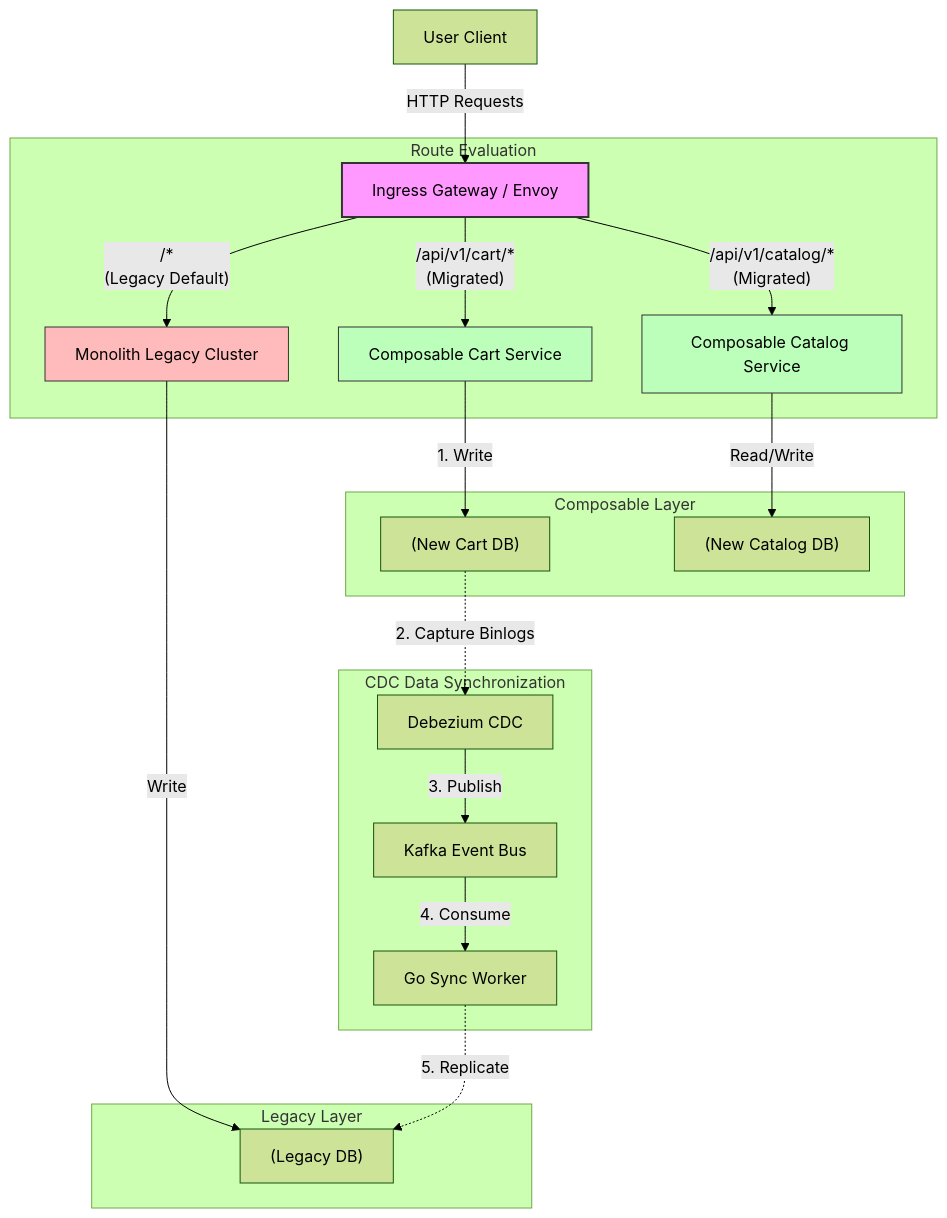
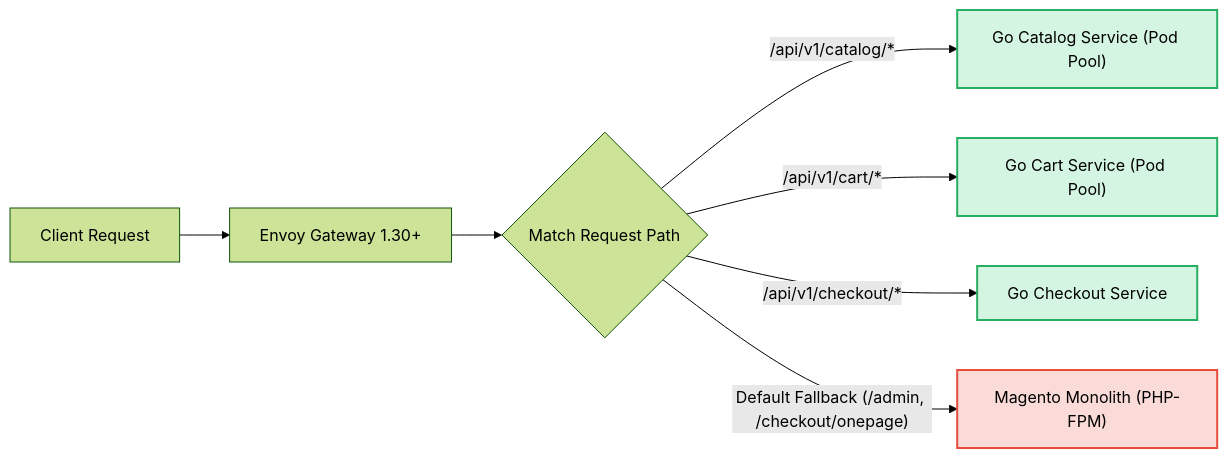
One commit to vesviet/vesviet changed the second of 2 diagrams in content/series/magento-migration-vietnam/ecommerce-architecture-composable-migration.md. Above: the diagram before and after it, drawn with Mermaid (forest theme). The commit also changed other lines of this file and 31 other files, not shown here.

````diff
--- a/content/series/magento-migration-vietnam/ecommerce-architecture-composable-migration.md
+++ b/content/series/magento-migration-vietnam/ecommerce-architecture-composable-migration.md
@@ -190,31 +147,15 @@
 ```mermaid
-graph TD
-    Client["User Client"] -->|"HTTP Requests"| Gateway["Ingress Gateway / Envoy"]
+flowchart LR
+    Client["Client Request"] --> Envoy["Envoy Gateway 1.30+"]
     
-    subgraph Route_Evaluation ["Route Evaluation"]
-        Gateway -->|"/api/v1/cart/*<br/>(Migrated)"| CartCluster["Composable Cart Service"]
-        Gateway -->|"/api/v1/catalog/*<br/>(Migrated)"| CatalogCluster["Composable Catalog Service"]
-        Gateway -->|"/*<br/>(Legacy Default)"| MonoCluster["Monolith Legacy Cluster"]
-    end
+    Envoy --> RoutePath{"Match Request Path"}
+    RoutePath -->|"/api/v1/catalog/*"| GoCatalog["Go Catalog Service (Pod Pool)"]
+    RoutePath -->|"/api/v1/cart/*"| GoCart["Go Cart Service (Pod Pool)"]
+    RoutePath -->|"/api/v1/checkout/*"| GoCheckout["Go Checkout Service"]
+    RoutePath -->|"Default Fallback (/admin, /checkout/onepage)"| MagentoMonolith["Magento Monolith (PHP-FPM)"]
 
-    subgraph Composable_Layer ["Composable Layer"]
-        CartCluster -->|"1. Write"| NewCartDB["(New Cart DB)"]
-        CatalogCluster -->|"Read/Write"| NewCatalogDB["(New Catalog DB)"]
-    end
-
-    subgraph Legacy_Layer ["Legacy Layer"]
-        MonoCluster -->|"Write"| LegacyDB["(Legacy DB)"]
-    end
-
-    subgraph CDC_Data_Synchronization ["CDC Data Synchronization"]
-        NewCartDB -.->|"2. Capture Binlogs"| CDC["Debezium CDC"]
-        CDC -->|"3. Publish"| Kafka["Kafka Event Bus"]
-        Kafka -->|"4. Consume"| SyncWorker["Go Sync Worker"]
-        SyncWorker -.->|"5. Replicate"| LegacyDB
-    end
-
-    style Gateway fill:#f9f,stroke:#333,stroke-width:2px
-    style MonoCluster fill:#fbb,stroke:#333,stroke-width:1px
-    style CartCluster fill:#bfb,stroke:#333,stroke-width:1px
-    style CatalogCluster fill:#bfb,stroke:#333,stroke-width:1px
+    style GoCatalog fill:#d5f5e3,stroke:#27ae60,stroke-width:2px
+    style GoCart fill:#d5f5e3,stroke:#27ae60,stroke-width:2px
+    style GoCheckout fill:#d5f5e3,stroke:#27ae60,stroke-width:2px
+    style MagentoMonolith fill:#fadbd8,stroke:#e74c3c,stroke-width:2px
 ```
````
